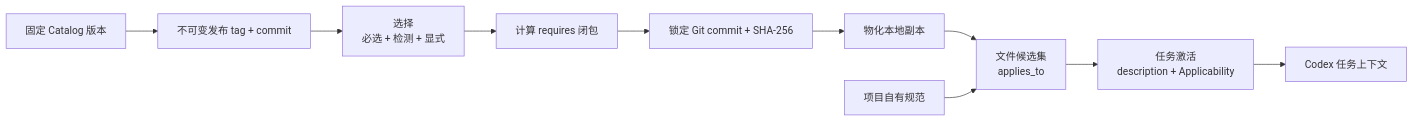
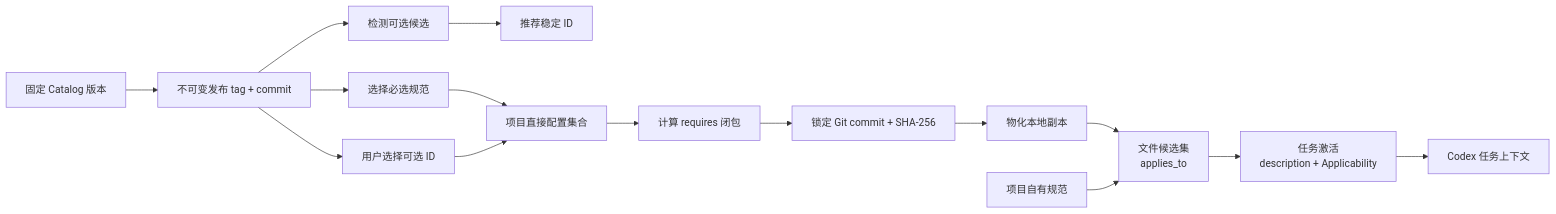
Before and after one commit to XiaoWeiKIN/EngineeringSpecifications: the second of 3 diagrams in docs/specification-model.zh-CN.md, drawn with Mermaid. The commit also changed other lines of this file and 6 other files, not shown here.

````diff
--- a/docs/specification-model.zh-CN.md
+++ b/docs/specification-model.zh-CN.md
@@ -91,12 +94,17 @@
 ```mermaid
 flowchart LR
     Version["固定 Catalog 版本"] --> Catalog["不可变发布 tag + commit"]
-    Catalog --> Select["选择<br/>必选 + 检测 + 显式"]
+    Catalog --> Required["选择必选规范"]
+    Catalog --> Detect["检测可选候选"]
+    Detect --> Recommend["推荐稳定 ID"]
+    Catalog --> Explicit["用户选择可选 ID"]
+    Required --> Select["项目直接配置集合"]
+    Explicit --> Select
     Select --> Closure["计算 requires 闭包"]
     Closure --> Lock["锁定 Git commit + SHA-256"]
     Lock --> Local["物化本地副本"]
     Local --> Scope["文件候选集<br/>applies_to"]
     Project["项目自有规范"] --> Scope
     Scope --> Activate["任务激活<br/>description + Applicability"]
     Activate --> Codex["Codex 任务上下文"]
 ```
````
